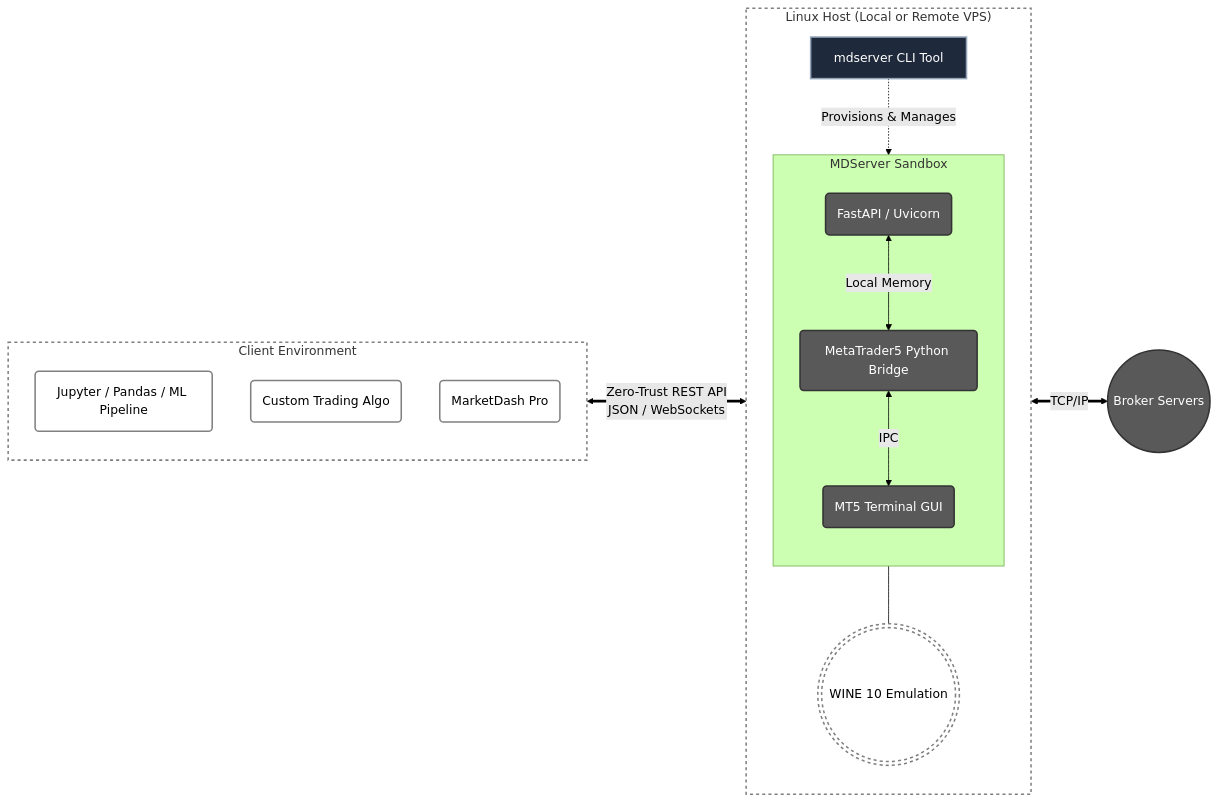
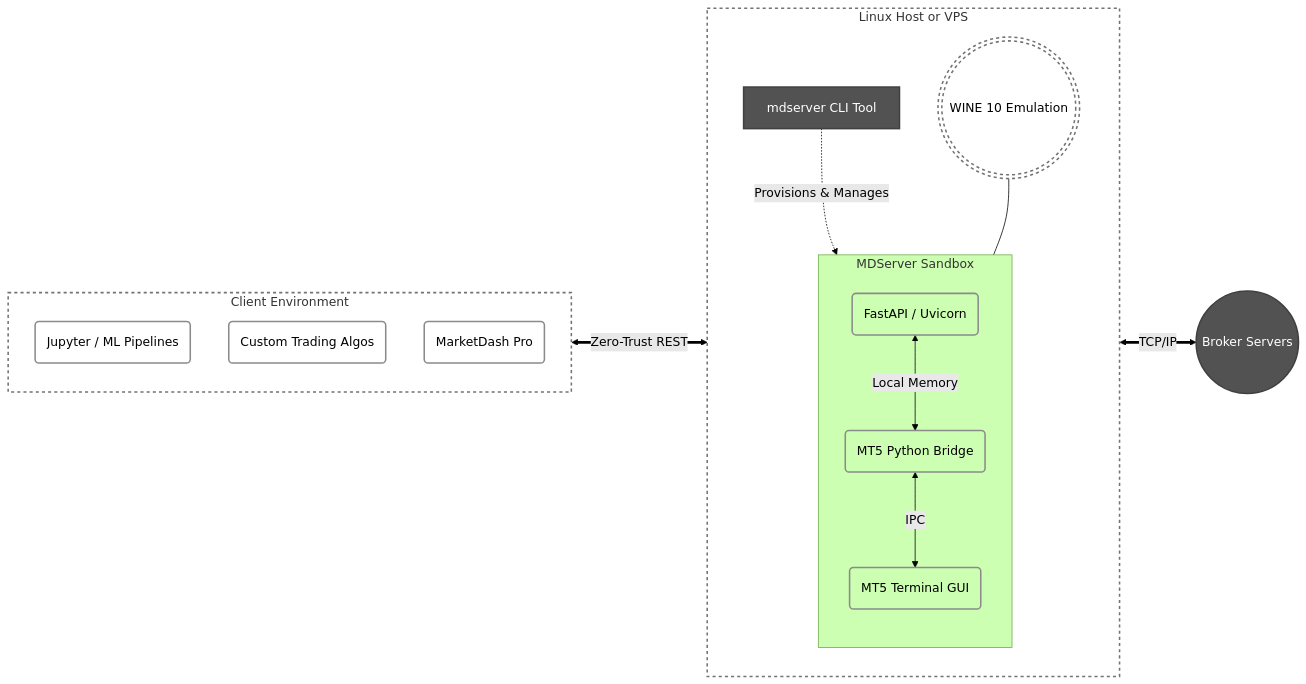
One commit to codalumina/mdserver changed the first of 2 diagrams in README.md. Above: the diagram before and after it, drawn with Mermaid (forest theme). The commit also changed other lines of this file, not shown here.

Commit message:
update: make minor adjustments

````diff
--- a/README.md
+++ b/README.md
@@ -71,41 +71,39 @@
 ```mermaid
 flowchart LR
-    classDef boundary fill:transparent,stroke:#808080,stroke-width:2px,stroke-dasharray: 4 4
-    classDef core fill:#595959,stroke:#333333,stroke-width:2px,color:#ffffff
-    classDef cli fill:#1e293b,stroke:#94a3b8,stroke-width:2px,color:#ffffff
-    classDef client fill:transparent,stroke:#808080,stroke-width:2px
+    classDef boundary fill:transparent,stroke:#737373,stroke-width:2px,stroke-dasharray: 4 4
+    classDef component fill:transparent,stroke:#8b8b8b,stroke-width:2px
+    classDef core fill:#525252,stroke:#404040,stroke-width:2px,color:#ffffff
 
     subgraph Client [Client Environment]
         direction TB
-        C1(Jupyter / Pandas / ML Pipeline):::client
-        C2(Custom Trading Algo):::client
-        C3(MarketDash Pro):::client
+        C1(Jupyter / ML Pipelines):::component
+        C2(Custom Trading Algos):::component
+        C3(MarketDash Pro):::component
     end
 
-    subgraph Server ["Linux Host (Local or Remote VPS)"]
+    subgraph Server [Linux Host or VPS]
         direction TB
-        CLI[mdserver CLI Tool]:::cli
+        CLI[mdserver CLI Tool]:::core
+        WINE(((WINE 10 Emulation))):::boundary
         
         subgraph MDServer [MDServer Sandbox]
             direction TB
-            API(FastAPI / Uvicorn):::core
-            Bridge(MetaTrader5 Python Bridge):::core
-            MT5(MT5 Terminal GUI):::core
+            API(FastAPI / Uvicorn):::component
+            Bridge(MT5 Python Bridge):::component
+            MT5(MT5 Terminal GUI):::component
             
             API <-->|Local Memory| Bridge
             Bridge <-->|IPC| MT5
         end
-        WINE(((WINE 10 Emulation))):::boundary
         
         CLI -.->|Provisions & Manages| MDServer
-        MDServer --- WINE
+        WINE --- MDServer
     end
 
     Broker((Broker Servers)):::core
 
-    Client <==>|Zero-Trust REST API\nJSON / WebSockets| API
+    Client <==>|Zero-Trust REST| API
     MT5 <==>|TCP/IP| Broker
 
     class Client,Server boundary
-
 ```
````
